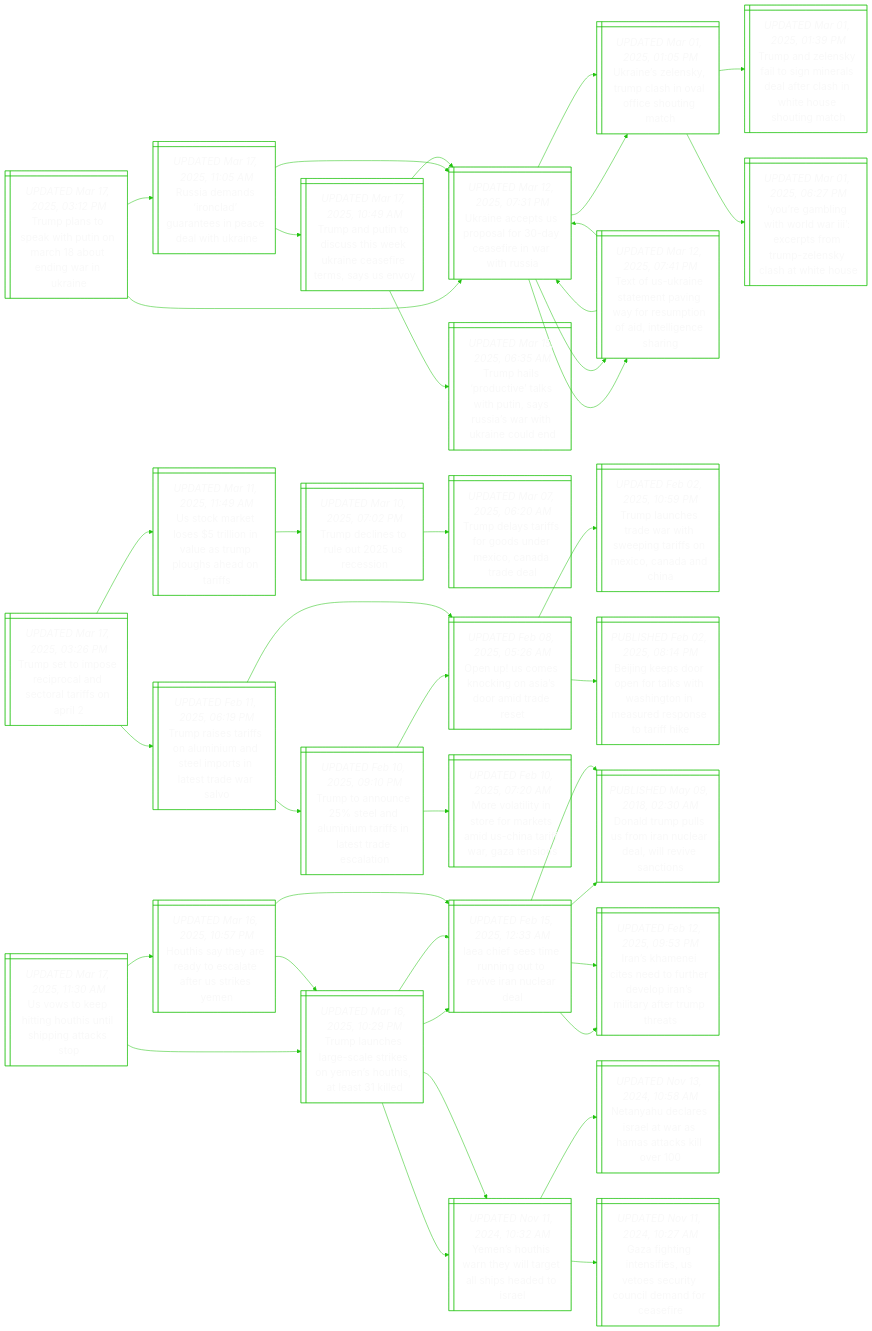
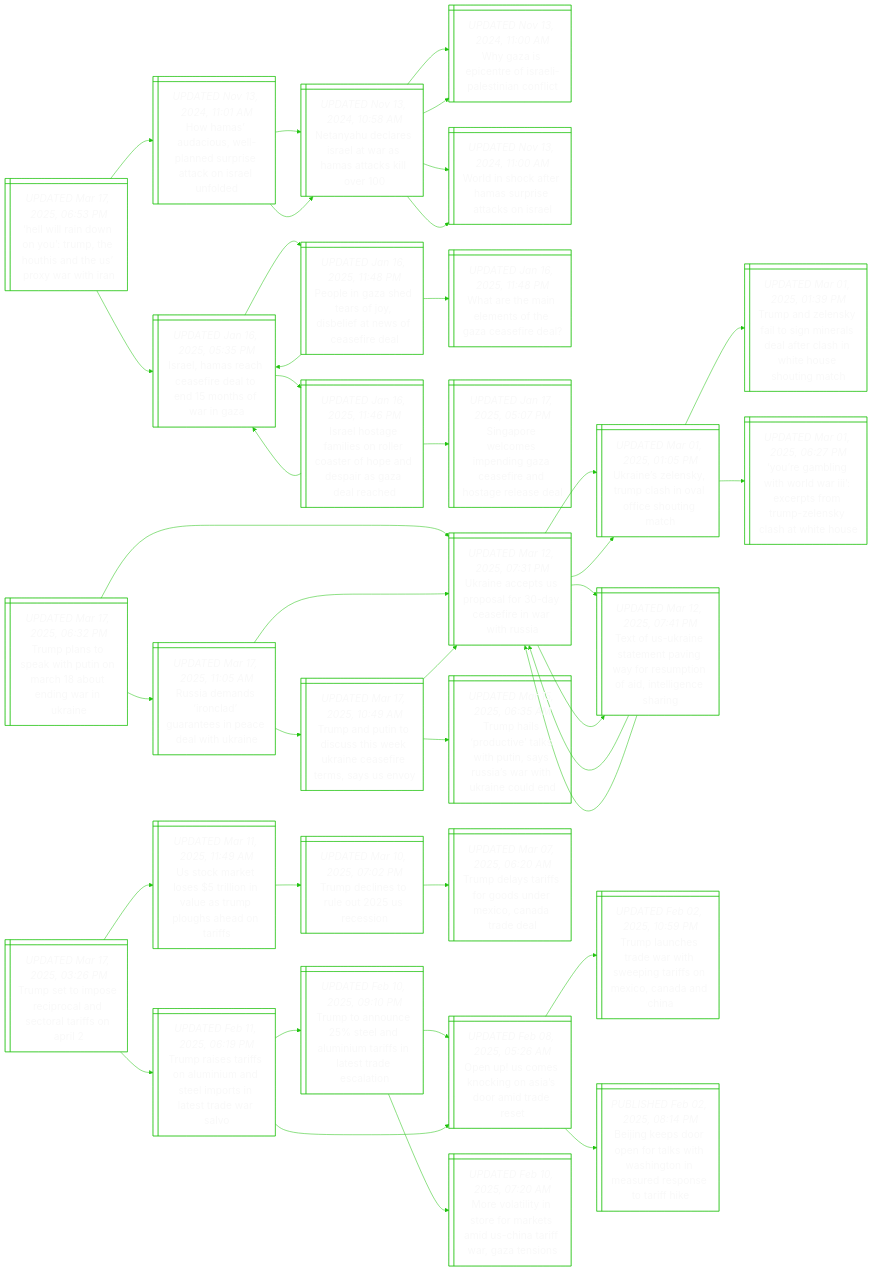
Before and after one commit to notJmes/notJmes: the diagram in README.md, drawn with Mermaid. The commit also changed other lines of this file, not shown here.

````diff
--- a/README.md
+++ b/README.md
@@ -16,7 +16,53 @@
 flowchart LR
 classDef txtsize font-size:20px;
 
-Tptahnrodake@{ shape: win-pane, label: "_UPDATED Mar 17, 2025, 03:12 PM_
+Hiinuposhrah@{ shape: win-pane, label: "_UPDATED Mar 17, 2025, 06:53 PM_
+‘hell will rain down on you’: trump, the houthis and the us’ proxy war with iran" }
+Hmdulnrecsud@{ shape: win-pane, label: "_UPDATED Nov 13, 2024, 11:01 AM_
+How hamas’ audacious, well-planned surprise attack on israel unfolded" }
+NyeeawHakl@{ shape: win-pane, label: "_UPDATED Nov 13, 2024, 10:58 AM_
+Netanyahu declares israel at war as hamas attacks kill over 100" }
+WzptIleint@{ shape: win-pane, label: "_UPDATED Nov 13, 2024, 11:00 AM_
+Why gaza is epicentre of israeli-palestinian conflict" }
+Wiceapaks@{ shape: win-pane, label: "_UPDATED Nov 13, 2024, 11:00 AM_
+World in shock after hamas surprise attacks on israel" }
+NyeeawHakl@{ shape: win-pane, label: "_UPDATED Nov 13, 2024, 10:58 AM_
+Netanyahu declares israel at war as hamas attacks kill over 100" }
+WzptIleint@{ shape: win-pane, label: "_UPDATED Nov 13, 2024, 11:00 AM_
+Why gaza is epicentre of israeli-palestinian conflict" }
+Wiceapaks@{ shape: win-pane, label: "_UPDATED Nov 13, 2024, 11:00 AM_
+World in shock after hamas surprise attacks on israel" }
+Ilshedoooia@{ shape: win-pane, label: "_UPDATED Jan 16, 2025, 05:35 PM_
+Israel, hamas reach ceasefire deal to end 15 months of war in gaza" }
+Pezdsyeasarl@{ shape: win-pane, label: "_UPDATED Jan 16, 2025, 11:48 PM_
+People in gaza shed tears of joy, disbelief at news of ceasefire deal" }
+Ilshedoooia@{ shape: win-pane, label: "_UPDATED Jan 16, 2025, 05:35 PM_
+Israel, hamas reach ceasefire deal to end 15 months of war in gaza" }
+Wrmlthaed@{ shape: win-pane, label: "_UPDATED Jan 16, 2025, 11:48 PM_
+What are the main elements of the gaza ceasefire deal?" }
+Ilamslorpdiaac@{ shape: win-pane, label: "_UPDATED Jan 16, 2025, 11:46 PM_
+Israel hostage families on roller coaster of hope and despair as gaza deal reached" }
+Ilshedoooia@{ shape: win-pane, label: "_UPDATED Jan 16, 2025, 05:35 PM_
+Israel, hamas reach ceasefire deal to end 15 months of war in gaza" }
+Speeegcfntee@{ shape: win-pane, label: "_UPDATED Jan 17, 2025, 05:07 PM_
+Singapore welcomes impending gaza ceasefire and hostage release deal" }
+
+Hiinuposhrah:::txtsize --> Hmdulnrecsud:::txtsize
+Hmdulnrecsud:::txtsize --> NyeeawHakl:::txtsize
+NyeeawHakl:::txtsize --> WzptIleint:::txtsize
+NyeeawHakl:::txtsize --> Wiceapaks:::txtsize
+Hmdulnrecsud:::txtsize --> NyeeawHakl:::txtsize
+NyeeawHakl:::txtsize --> WzptIleint:::txtsize
+NyeeawHakl:::txtsize --> Wiceapaks:::txtsize
+Hiinuposhrah:::txtsize --> Ilshedoooia:::txtsize
+Ilshedoooia:::txtsize --> Pezdsyeasarl:::txtsize
+Pezdsyeasarl:::txtsize --> Ilshedoooia:::txtsize
+Pezdsyeasarl:::txtsize --> Wrmlthaed:::txtsize
+Ilshedoooia:::txtsize --> Ilamslorpdiaac:::txtsize
+Ilamslorpdiaac:::txtsize --> Ilshedoooia:::txtsize
+Ilamslorpdiaac:::txtsize --> Speeegcfntee:::txtsize
+
+Tptahnrodake@{ shape: win-pane, label: "_UPDATED Mar 17, 2025, 06:32 PM_
 Trump plans to speak with putin on march 18 about ending war in ukraine" }
 UneSoocfnis@{ shape: win-pane, label: "_UPDATED Mar 12, 2025, 07:31 PM_
 Ukraine accepts us proposal for 30-day ceasefire in war with russia" }
@@ -96,50 +142,4 @@
 Opmogiodet:::txtsize --> Tlharsiroinnn:::txtsize
 Opmogiodet:::txtsize --> Bnprflthoeeptik:::txtsize
 
-Usetoslpts@{ shape: win-pane, label: "_UPDATED Mar 17, 2025, 11:30 AM_
-Us vows to keep hitting houthis until shipping attacks stop" }
-Tlhraroeuasl@{ shape: win-pane, label: "_UPDATED Mar 16, 2025, 10:29 PM_
-Trump launches large-scale strikes on yemen’s houthis, at least 31 killed" }
-IhemnueIur@{ shape: win-pane, label: "_UPDATED Feb 15, 2025, 12:33 AM_
-Iaea chief sees time running out to revive iran nuclear deal" }
-Ddpsonealvcs@{ shape: win-pane, label: "_PUBLISHED May 09, 2018, 02:30 AM_
-Donald trump pulls us from iran nuclear deal, will revive sanctions" }
-IKnteurlalyrpa@{ shape: win-pane, label: "_UPDATED Feb 12, 2025, 09:53 PM_
-Iran’s khamenei cites need to further develop iran’s military after trump threats" }
-Yshryttheta@{ shape: win-pane, label: "_UPDATED Nov 11, 2024, 10:32 AM_
-Yemen’s houthis warn they will target all ships headed to israel" }
-NyeeawHakl@{ shape: win-pane, label: "_UPDATED Nov 13, 2024, 10:58 AM_
-Netanyahu declares israel at war as hamas attacks kill over 100" }
-Gineivsrolncf@{ shape: win-pane, label: "_UPDATED Nov 11, 2024, 10:27 AM_
-Gaza fighting intensifies, us vetoes security council demand for ceasefire" }
-Hitrdstetsn@{ shape: win-pane, label: "_UPDATED Mar 16, 2025, 10:57 PM_
-Houthis say they are ready to escalate after us strikes yemen" }
-Tlhraroeuasl@{ shape: win-pane, label: "_UPDATED Mar 16, 2025, 10:29 PM_
-Trump launches large-scale strikes on yemen’s houthis, at least 31 killed" }
-IhemnueIur@{ shape: win-pane, label: "_UPDATED Feb 15, 2025, 12:33 AM_
-Iaea chief sees time running out to revive iran nuclear deal" }
-Yshryttheta@{ shape: win-pane, label: "_UPDATED Nov 11, 2024, 10:32 AM_
-Yemen’s houthis warn they will target all ships headed to israel" }
-IhemnueIur@{ shape: win-pane, label: "_UPDATED Feb 15, 2025, 12:33 AM_
-Iaea chief sees time running out to revive iran nuclear deal" }
-Ddpsonealvcs@{ shape: win-pane, label: "_PUBLISHED May 09, 2018, 02:30 AM_
-Donald trump pulls us from iran nuclear deal, will revive sanctions" }
-IKnteurlalyrpa@{ shape: win-pane, label: "_UPDATED Feb 12, 2025, 09:53 PM_
-Iran’s khamenei cites need to further develop iran’s military after trump threats" }
-
-Usetoslpts:::txtsize --> Tlhraroeuasl:::txtsize
-Tlhraroeuasl:::txtsize --> IhemnueIur:::txtsize
-IhemnueIur:::txtsize --> Ddpsonealvcs:::txtsize
-IhemnueIur:::txtsize --> IKnteurlalyrpa:::txtsize
-Tlhraroeuasl:::txtsize --> Yshryttheta:::txtsize
-Yshryttheta:::txtsize --> NyeeawHakl:::txtsize
-Yshryttheta:::txtsize --> Gineivsrolncf:::txtsize
-Usetoslpts:::txtsize --> Hitrdstetsn:::txtsize
-Hitrdstetsn:::txtsize --> Tlhraroeuasl:::txtsize
-Tlhraroeuasl:::txtsize --> IhemnueIur:::txtsize
-Tlhraroeuasl:::txtsize --> Yshryttheta:::txtsize
-Hitrdstetsn:::txtsize --> IhemnueIur:::txtsize
-IhemnueIur:::txtsize --> Ddpsonealvcs:::txtsize
-IhemnueIur:::txtsize --> IKnteurlalyrpa:::txtsize
-
 ```
````
